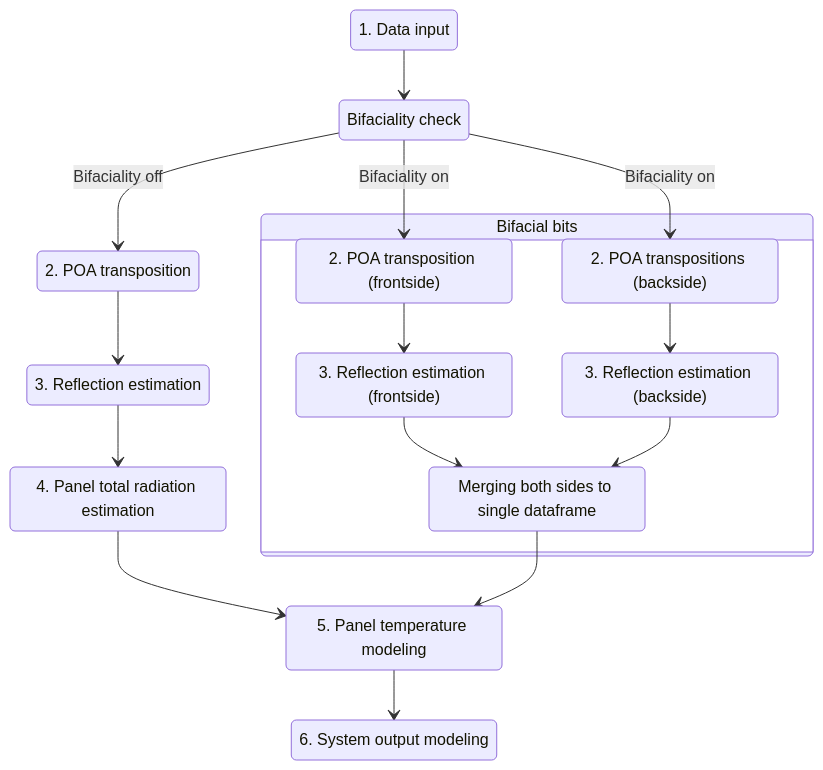
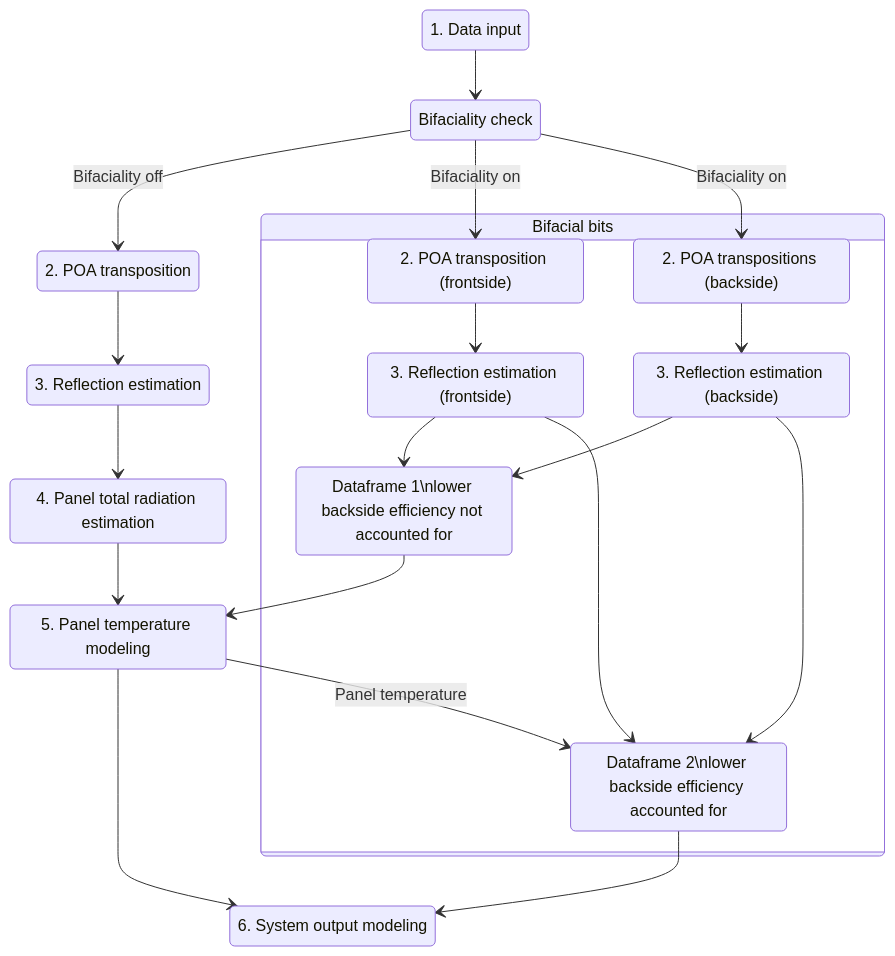
Before and after one commit to TimoSalola/fmi_pv_forecaster: the diagram in bifacial_modeling.md, drawn with Mermaid. The commit also changed other lines of this file and 3 other files, not shown here.

Commit message:
Fixed some test crashes and changed how bifacial panel temperature documentation works. Should now be physically more accurate.

````diff
--- a/bifacial_modeling.md
+++ b/bifacial_modeling.md
@@ -43,44 +44,57 @@
 ```mermaid
 
 stateDiagram-v2 
-    
+    # normal model steps
     s1 : 1. Data input
     s2 : 2. POA transposition
     s3 : 3. Reflection estimation
     s4 : 4. Panel total radiation estimation
     s5 : 5. Panel temperature modeling
     s6 : 6. System output modeling
     
+    # bifacial check
     a11 : Bifaciality check
+    
+    # inside bifacial box
     a2 : 2. POA transposition (frontside)
     b2: 2. POA transpositions (backside)
     a3 : 3. Reflection estimation (frontside)
     b3 : 3. Reflection estimation (backside)
+    #Merging both sides to single dataframe\nwith identical efficiency on both sides
+
+
+    df1 : Dataframe 1\nlower backside efficiency not accounted for
+    df2 : Dataframe 2\nlower backside efficiency accounted for
     
-    b33 : Merging both sides to single dataframe
     
 
     
     bm : Bifacial bits
     
   
     s1 --> a11
     a11 -->s2 : Bifaciality off
     a11 --> a2 : Bifaciality on
     a11 --> b2 : Bifaciality on
     s2 --> s3
     s3 --> s4
     s4 --> s5
     s5 --> s6
     
     state bm {
-        b2 --> b3 #: Reflections with opposing panel \n angles and backside radiation
-        a2 --> a3 #: Reflections with original panel \n angles and frontside radiation
+        b2 --> b3
+        a2 --> a3
         
-        a3 --> b33
-        b3 --> b33
+        a3 --> df1
+        b3 --> df1
+        b3 --> df2
+        a3 --> df2
+        
+        
+
     }
-    
-    b33 --> s5
+    df2 --> s6 
+    df1 --> s5
+    s5 --> df2 : Panel temperature
 
 ```
````
